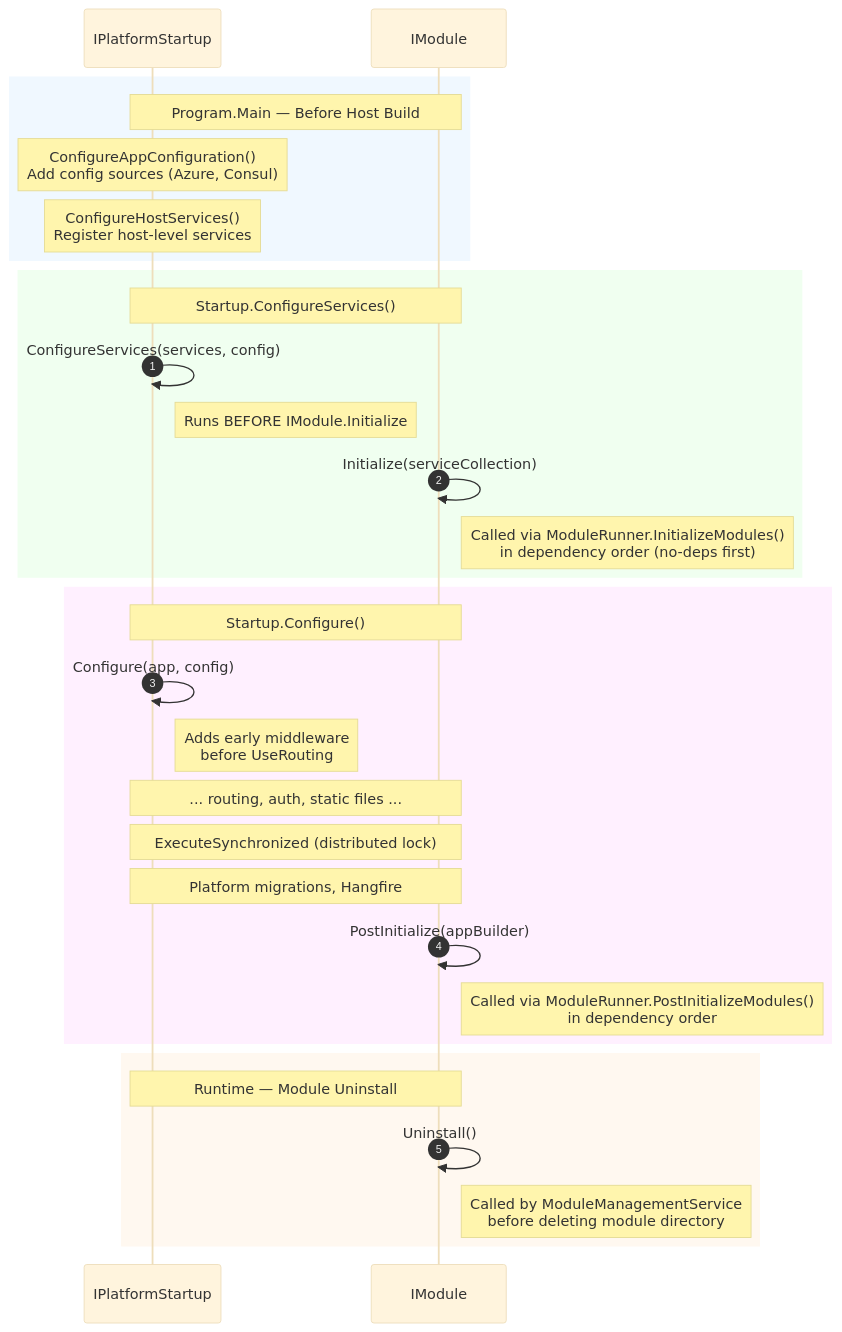
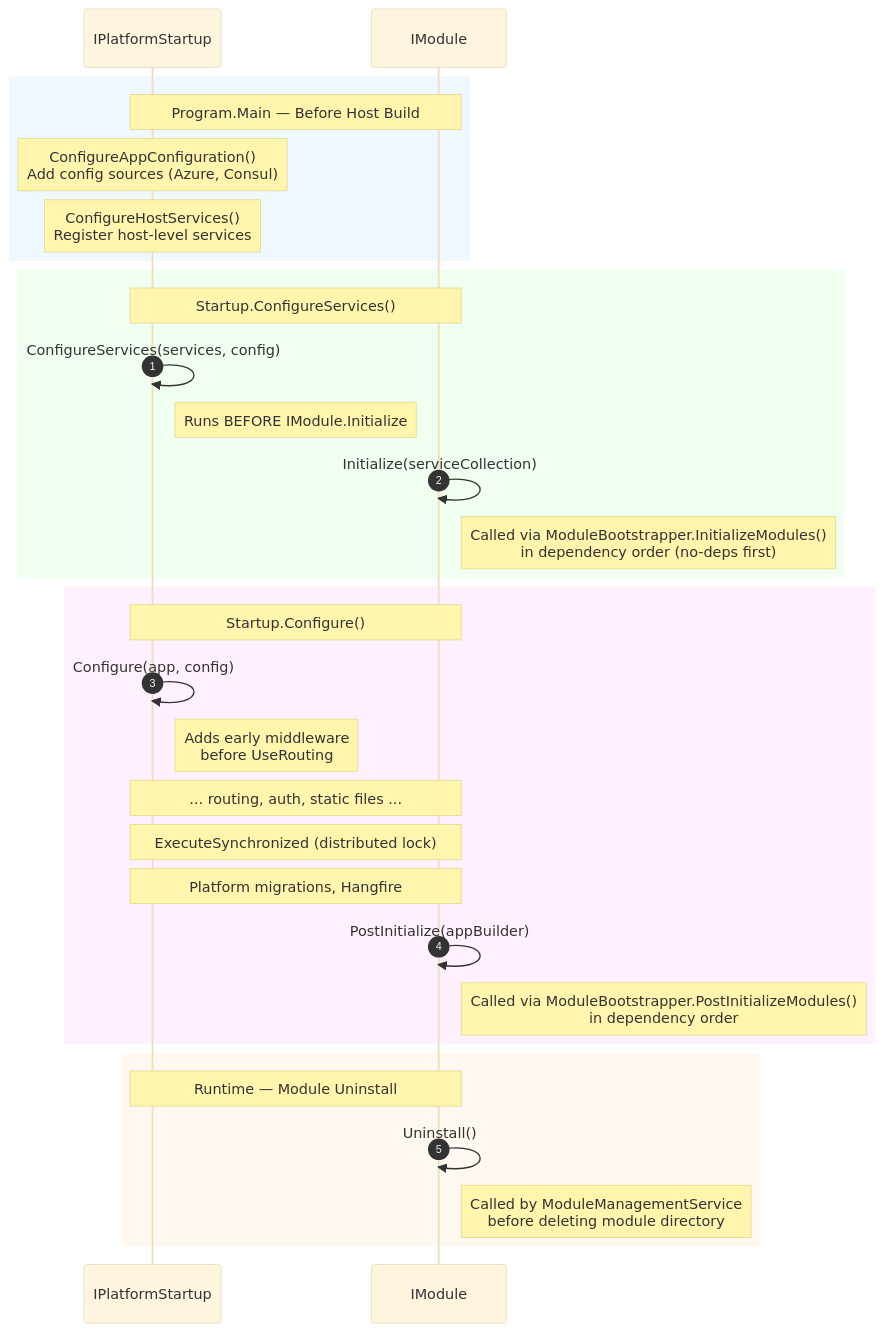
Before and after one commit to VirtoCommerce/vc-platform: the second of 3 diagrams in docs/modularity.md, drawn with Mermaid (base theme). The commit also changed other lines of this file and 34 other files, not shown here.

Commit message:
Isolate modularity in ModuleBootstrapper.

````diff
--- a/docs/modularity.md
+++ b/docs/modularity.md
@@ -156,41 +131,41 @@
 ```mermaid
 sequenceDiagram
     autonumber
     participant PS as IPlatformStartup
     participant IM as IModule
 
     rect rgb(240, 248, 255)
     Note over PS,IM: Program.Main — Before Host Build
     Note over PS: ConfigureAppConfiguration()<br/>Add config sources (Azure, Consul)
     Note over PS: ConfigureHostServices()<br/>Register host-level services
     end
 
     rect rgb(240, 255, 240)
     Note over PS,IM: Startup.ConfigureServices()
     PS->>PS: ConfigureServices(services, config)
     Note right of PS: Runs BEFORE IModule.Initialize
 
     IM->>IM: Initialize(serviceCollection)
-    Note right of IM: Called via ModuleRunner.InitializeModules()<br/>in dependency order (no-deps first)
+    Note right of IM: Called via ModuleBootstrapper.InitializeModules()<br/>in dependency order (no-deps first)
     end
 
     rect rgb(255, 240, 255)
     Note over PS,IM: Startup.Configure()
     PS->>PS: Configure(app, config)
     Note right of PS: Adds early middleware<br/>before UseRouting
 
     Note over PS,IM: ... routing, auth, static files ...
 
     Note over PS,IM: ExecuteSynchronized (distributed lock)
     Note over PS,IM: Platform migrations, Hangfire
 
     IM->>IM: PostInitialize(appBuilder)
-    Note right of IM: Called via ModuleRunner.PostInitializeModules()<br/>in dependency order
+    Note right of IM: Called via ModuleBootstrapper.PostInitializeModules()<br/>in dependency order
     end
 
     rect rgb(255, 248, 240)
     Note over PS,IM: Runtime — Module Uninstall
     IM->>IM: Uninstall()
     Note right of IM: Called by ModuleManagementService<br/>before deleting module directory
     end
 ```
````
